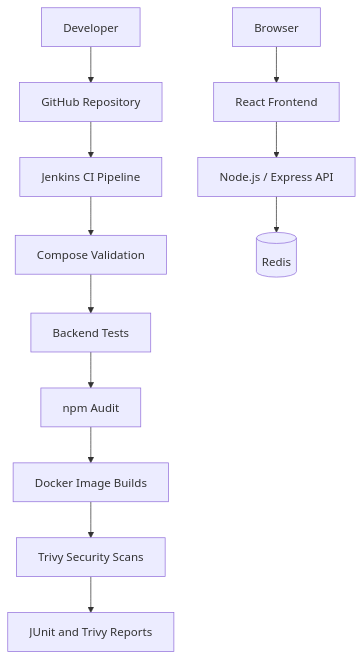
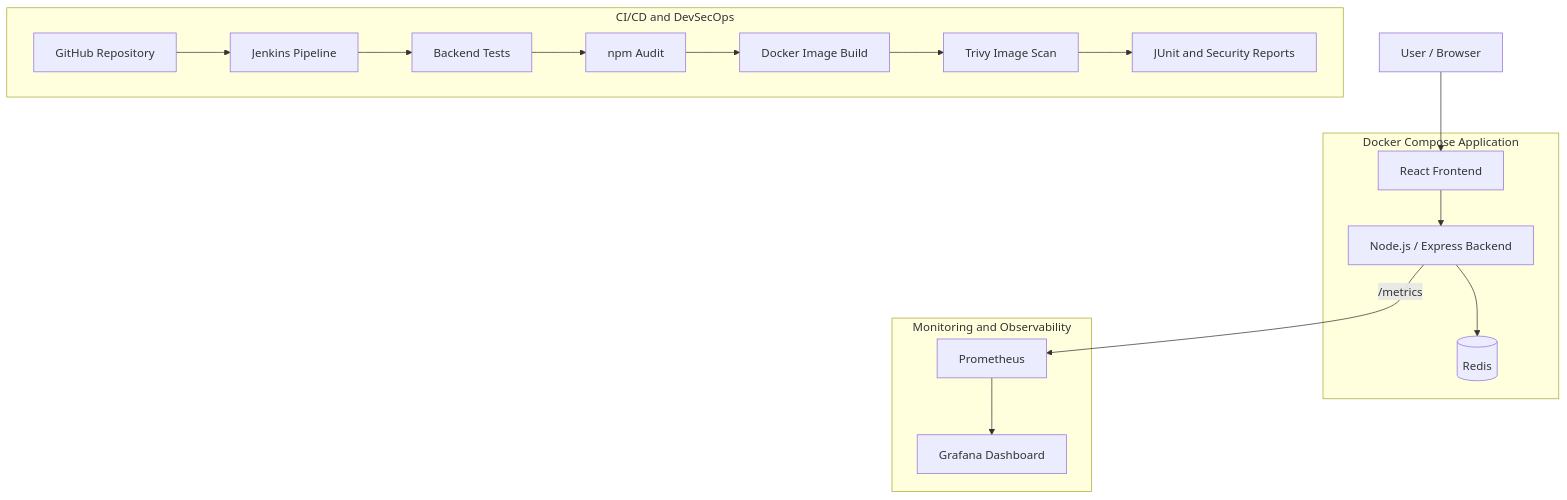
The diagram in README.md (rajavarma21/cloud-native-devsecops-platform), drawn with Mermaid before and after one commit. The commit also changed other lines of this file and 15 other files, not shown here.

Commit message:
feat: add Prometheus and Grafana monitoring to CloudForge

````diff
--- a/README.md
+++ b/README.md
@@ -33,15 +59,40 @@
 ```mermaid
-flowchart TD
-    Developer[Developer] --> GitHub[GitHub Repository]
-    GitHub --> Jenkins[Jenkins CI Pipeline]
-    Jenkins --> Validate[Compose Validation]
-    Validate --> Tests[Backend Tests]
-    Tests --> Audit[npm Audit]
-    Audit --> Build[Docker Image Builds]
-    Build --> Trivy[Trivy Security Scans]
-    Trivy --> Reports[JUnit and Trivy Reports]
+flowchart TB
+    User[User / Browser]
 
-    Browser[Browser] --> Frontend[React Frontend]
-    Frontend --> Backend[Node.js / Express API]
-    Backend --> Redis[(Redis)]
+    subgraph Application["Docker Compose Application"]
+        Frontend[React Frontend]
+        Backend[Node.js / Express Backend]
+        Redis[(Redis)]
+
+        Frontend --> Backend
+        Backend --> Redis
+    end
+
+    subgraph Monitoring["Monitoring and Observability"]
+        Prometheus[Prometheus]
+        Grafana[Grafana Dashboard]
+
+        Backend -->|/metrics| Prometheus
+        Prometheus --> Grafana
+    end
+
+    User --> Frontend
+
+    subgraph CICD["CI/CD and DevSecOps"]
+        GitHub[GitHub Repository]
+        Jenkins[Jenkins Pipeline]
+        Tests[Backend Tests]
+        Audit[npm Audit]
+        Build[Docker Image Build]
+        Trivy[Trivy Image Scan]
+        Reports[JUnit and Security Reports]
+
+        GitHub --> Jenkins
+        Jenkins --> Tests
+        Tests --> Audit
+        Audit --> Build
+        Build --> Trivy
+        Trivy --> Reports
+    end
 ```
````
